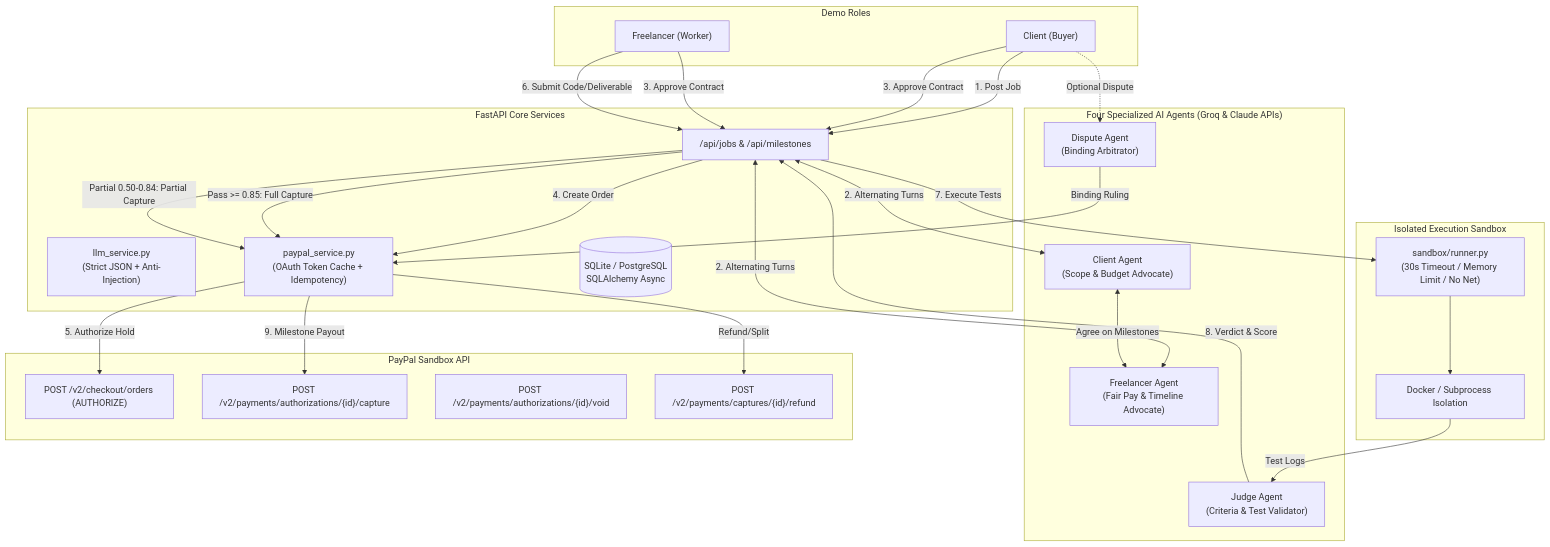
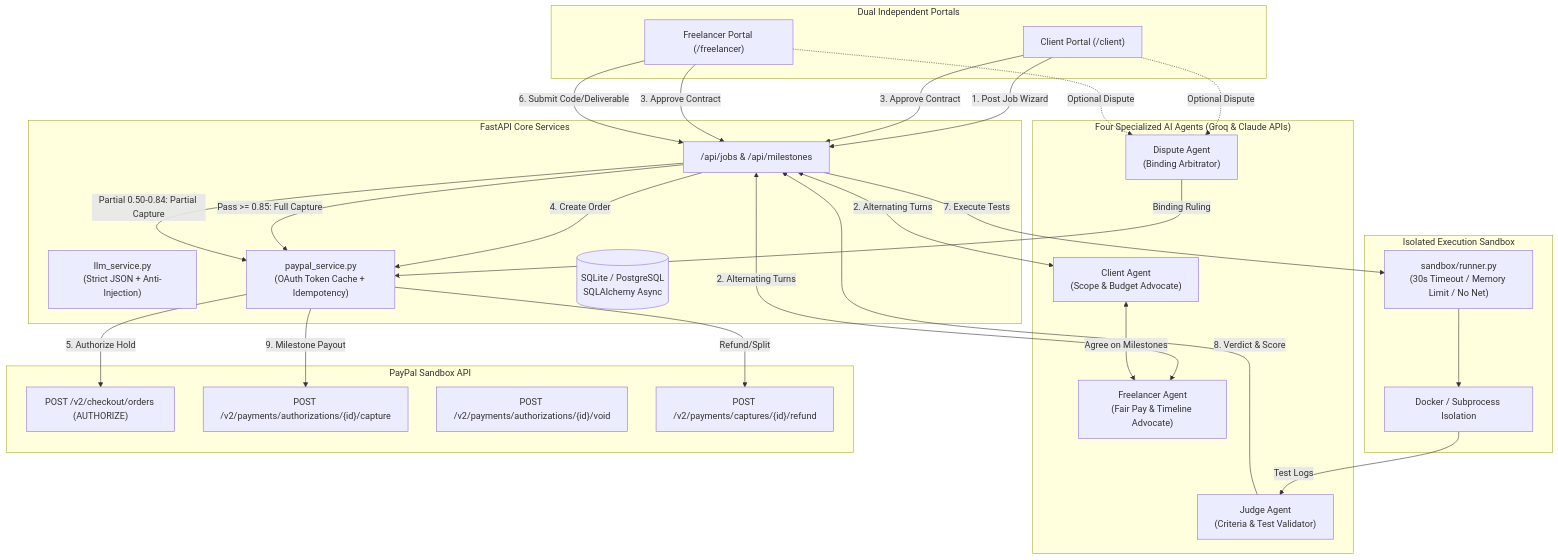
One commit to venmugilrajan/TrustPay changed the diagram in README.md. Above: the diagram before and after it, drawn with Mermaid. The commit also changed other lines of this file and 6 other files, not shown here.

````diff
--- a/README.md
+++ b/README.md
@@ -24,56 +37,56 @@
 ```mermaid
 flowchart TD
-    subgraph Users ["Demo Roles"]
-        ClientUser["Client (Buyer)"]
-        FreelancerUser["Freelancer (Worker)"]
+    subgraph Users ["Dual Independent Portals"]
+        ClientUser["Client Portal (/client)"]
+        FreelancerUser["Freelancer Portal (/freelancer)"]
     end
 
     subgraph Agents ["Four Specialized AI Agents (Groq & Claude APIs)"]
         CA["Client Agent<br/>(Scope & Budget Advocate)"]
         FA["Freelancer Agent<br/>(Fair Pay & Timeline Advocate)"]
         Judge["Judge Agent<br/>(Criteria & Test Validator)"]
         Dispute["Dispute Agent<br/>(Binding Arbitrator)"]
     end
 
     subgraph Backend ["FastAPI Core Services"]
         JobRouter["/api/jobs & /api/milestones"]
         LLMService["llm_service.py<br/>(Strict JSON + Anti-Injection)"]
         PayPalService["paypal_service.py<br/>(OAuth Token Cache + Idempotency)"]
         Database[("SQLite / PostgreSQL<br/>SQLAlchemy Async")]
     end
 
     subgraph SandboxEnv ["Isolated Execution Sandbox"]
         Runner["sandbox/runner.py<br/>(30s Timeout / Memory Limit / No Net)"]
         DockerContainer["Docker / Subprocess Isolation"]
     end
 
     subgraph PayPalSandbox ["PayPal Sandbox API"]
         PPAuth["POST /v2/checkout/orders (AUTHORIZE)"]
         PPCapture["POST /v2/payments/authorizations/{id}/capture"]
         PPVoid["POST /v2/payments/authorizations/{id}/void"]
         PPRefund["POST /v2/payments/captures/{id}/refund"]
     end
 
-    ClientUser -->|1. Post Job| JobRouter
+    ClientUser -->|1. Post Job Wizard| JobRouter
     JobRouter <-->|2. Alternating Turns| CA
     JobRouter <-->|2. Alternating Turns| FA
     CA <-->|Agree on Milestones| FA
 
     ClientUser & FreelancerUser -->|3. Approve Contract| JobRouter
     JobRouter -->|4. Create Order| PayPalService
     PayPalService -->|5. Authorize Hold| PPAuth
 
     FreelancerUser -->|6. Submit Code/Deliverable| JobRouter
     JobRouter -->|7. Execute Tests| Runner
     Runner --> DockerContainer
     DockerContainer -->|Test Logs| Judge
     Judge -->|8. Verdict & Score| JobRouter
 
     JobRouter -->|Pass >= 0.85: Full Capture| PayPalService
     JobRouter -->|Partial 0.50-0.84: Partial Capture| PayPalService
     PayPalService -->|9. Milestone Payout| PPCapture
 
-    ClientUser -.->|Optional Dispute| Dispute
+    ClientUser & FreelancerUser -.->|Optional Dispute| Dispute
     Dispute -->|Binding Ruling| PayPalService
     PayPalService -->|Refund/Split| PPRefund
 ```
````
